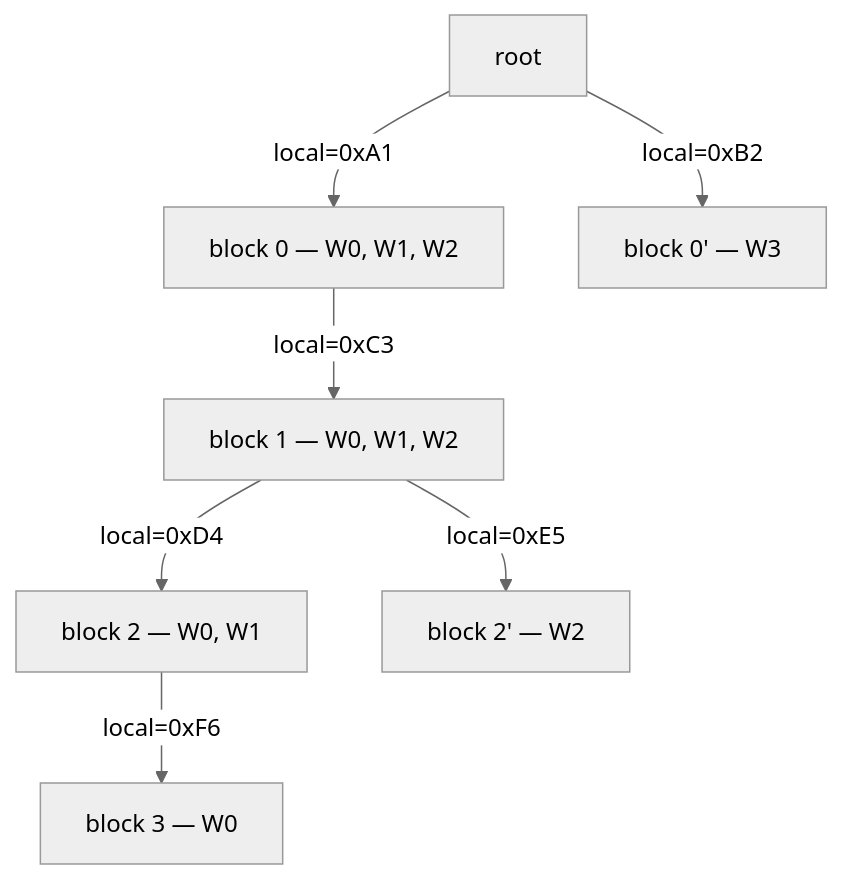
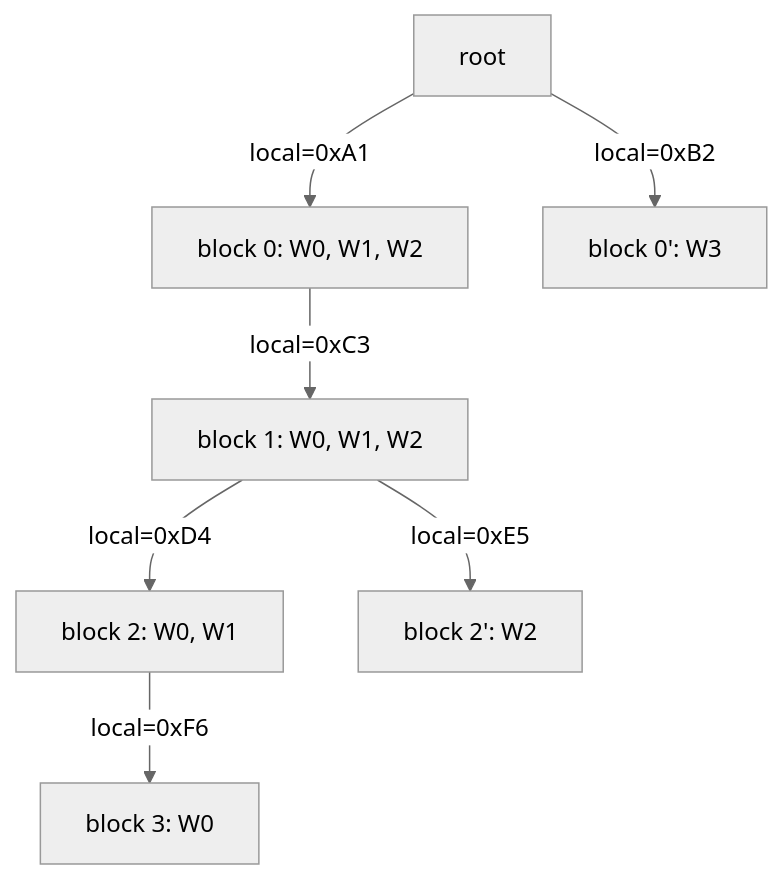
One commit to ai-dynamo/dynamo changed the second of 4 diagrams in blog/flash_indexer.md. Above: the diagram before and after it, drawn with Mermaid (neutral theme). The commit also changed other lines of this file and 2 other files, not shown here.

````diff
--- a/blog/flash_indexer.md
+++ b/blog/flash_indexer.md
@@ -253,10 +252,10 @@
 ```mermaid
 flowchart TD
     Root["root"]
-    Root -->|"local=0xA1"| B0["block 0 — W0, W1, W2"]
-    Root -->|"local=0xB2"| B0p["block 0' — W3"]
-    B0 -->|"local=0xC3"| B1["block 1 — W0, W1, W2"]
-    B1 -->|"local=0xD4"| B2["block 2 — W0, W1"]
-    B1 -->|"local=0xE5"| B2p["block 2' — W2"]
-    B2 -->|"local=0xF6"| B3["block 3 — W0"]
+    Root -->|"local=0xA1"| B0["block 0: W0, W1, W2"]
+    Root -->|"local=0xB2"| B0p["block 0': W3"]
+    B0 -->|"local=0xC3"| B1["block 1: W0, W1, W2"]
+    B1 -->|"local=0xD4"| B2["block 2: W0, W1"]
+    B1 -->|"local=0xE5"| B2p["block 2': W2"]
+    B2 -->|"local=0xF6"| B3["block 3: W0"]
 ```
````
